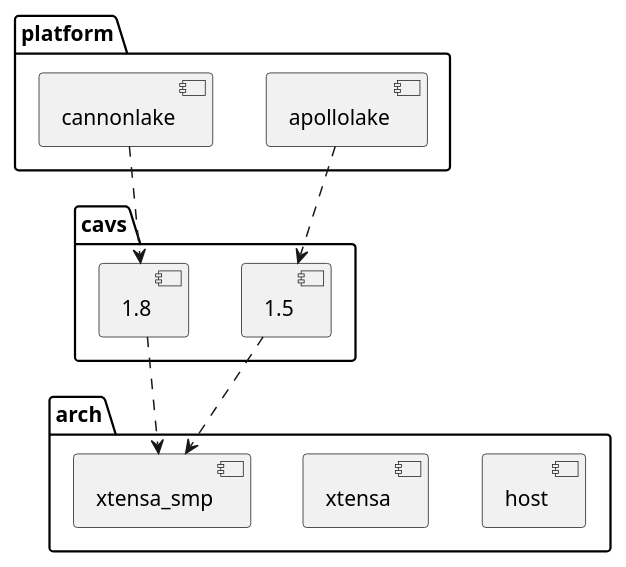
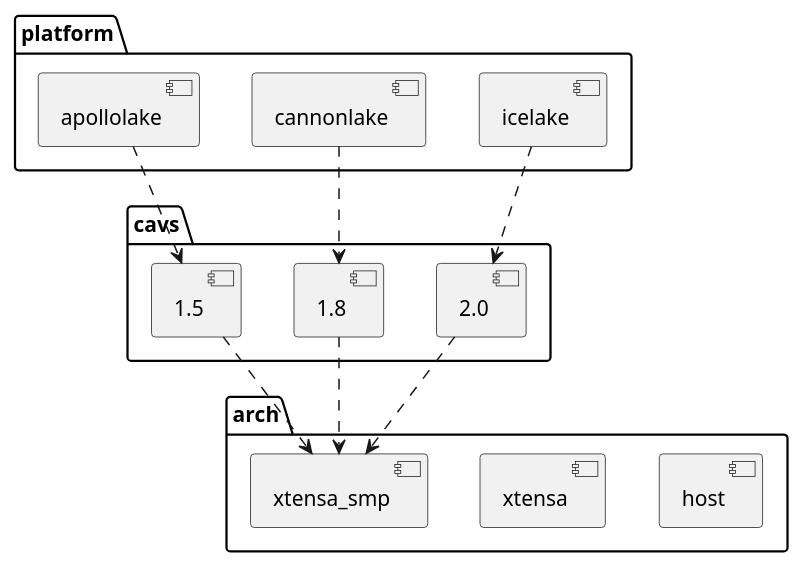
One commit to thesofproject/sof-docs changed the diagram in platforms/intel-cavs/images/cavs-platform-deps.pu. Above: the diagram before and after it, drawn with PlantUML. The commit also changed 2 other files, not shown here.

Commit message:
doc: platforms: icelake added to the cavs list

```diff
--- a/platforms/intel-cavs/images/cavs-platform-deps.pu
+++ b/platforms/intel-cavs/images/cavs-platform-deps.pu
@@ -1,21 +1,25 @@
 package cavs {
+   component 2.0
+   component 1.8
    component 1.5
-   component 1.8
 }
 
 package arch {
    component host
    component xtensa
    component xtensa_smp
 }
 
 1.5 ..> xtensa_smp
 1.8 ..> xtensa_smp
+2.0 ..> xtensa_smp
 
 package platform {
+   component icelake
+   component cannonlake
    component apollolake
-   component cannonlake
 }
 
 apollolake ..> 1.5
 cannonlake ..> 1.8
+icelake ..> 2.0
```
